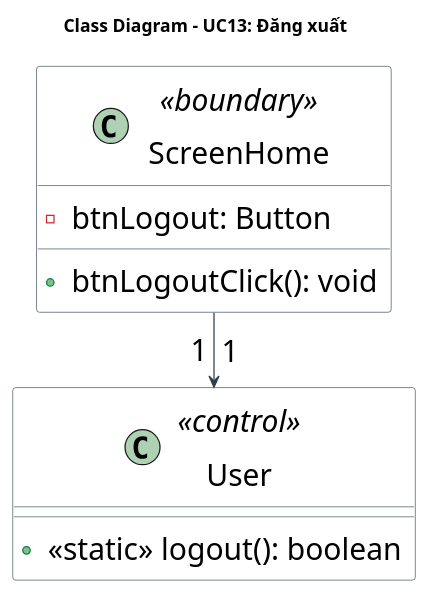
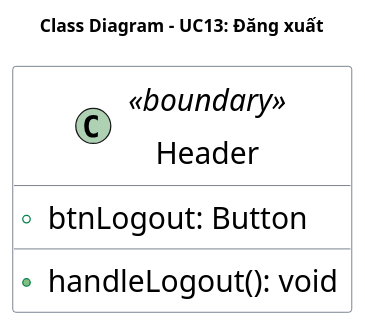
Before and after one commit to Gnourt812005/HCMUS-Analyze-and-desgin-IS: the diagram in doc/system/dang_xuat/DangXuat_ClassDiagram.wsd, drawn with PlantUML. The commit also changed 12 other files, not shown here.

Commit message:
truong/digram: update diagram

```diff
--- a/doc/system/dang_xuat/DangXuat_ClassDiagram.wsd
+++ b/doc/system/dang_xuat/DangXuat_ClassDiagram.wsd
@@ -1,28 +1,20 @@
 @startuml DangXuat_ClassDiagram
 title Class Diagram - UC13: Đăng xuất
 
 ' --- STYLE CONFIGURATION ---
 skinparam {
     ClassBackgroundColor White
     ClassBorderColor #2D3E50
     ArrowColor #2D3E50
     DefaultFontName "Arial"
     DefaultFontSize 24
     Padding 5
 }
 
 ' --- BOUNDARY LAYER ---
-class "ScreenHome" as ScreenHome <<boundary>> {
-    - btnLogout: Button
-    + btnLogoutClick(): void
+class "Header" as Header <<boundary>> {
+    + btnLogout: Button
+    + handleLogout(): void
 }
 
-' --- BUSINESS LAYER ---
-class "User" <<control>> {
-    + <<static>> logout(): boolean
-}
-
-' --- RELATIONSHIPS ---
-ScreenHome "1" --> "1" User
-
 @enduml
```
